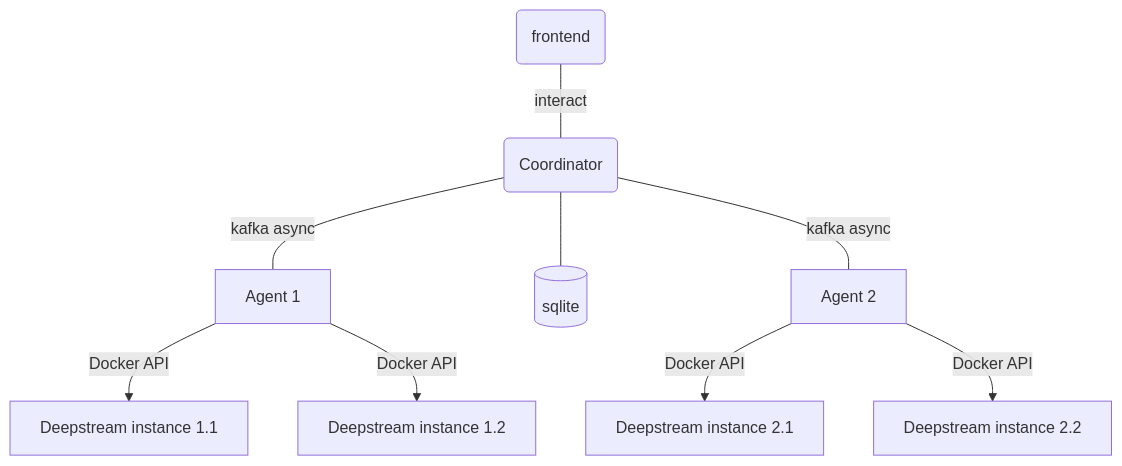
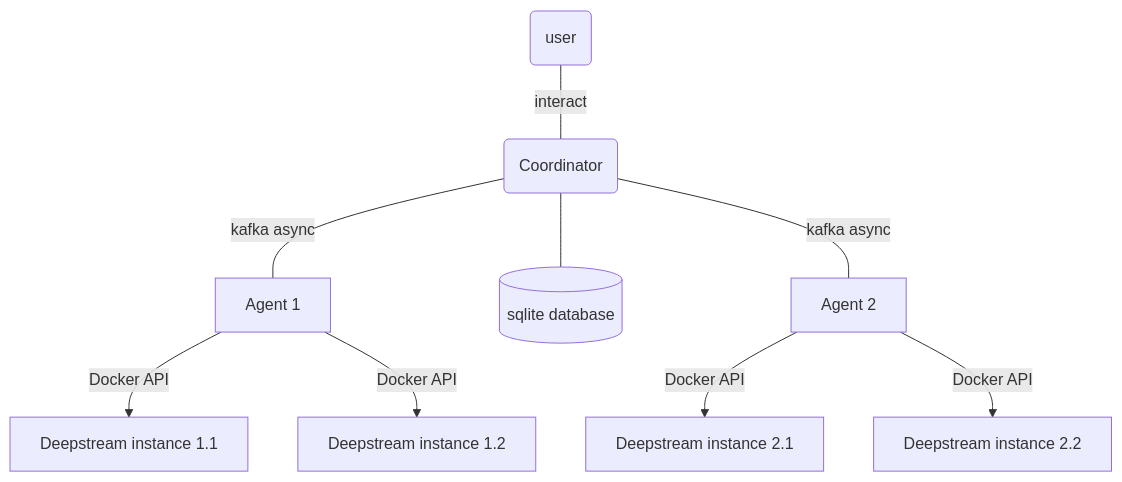
The first of 4 diagrams in README.md (bqm1111/CCM), drawn with Mermaid before and after one commit. The commit also changed other lines of this file and 4 other files, not shown here.

````diff
--- a/README.md
+++ b/README.md
@@ -16,11 +6,11 @@
 ```mermaid
 graph TD
-    A(frontend) ---|interact | B(Coordinator)
+    A(user) ---|interact | B(Coordinator)
     B ---|kafka async| C[Agent 1]
-    B ---id1[(sqlite)]
+    B ---id1[(sqlite database)]
     B ---|kafka async| D[Agent 2]
     C -->|Docker API| E[Deepstream instance 1.1]
     C -->|Docker API| F[Deepstream instance 1.2]
     D -->|Docker API| G[Deepstream instance 2.1]
     D -->|Docker API| H[Deepstream instance 2.2]
 ```
````
